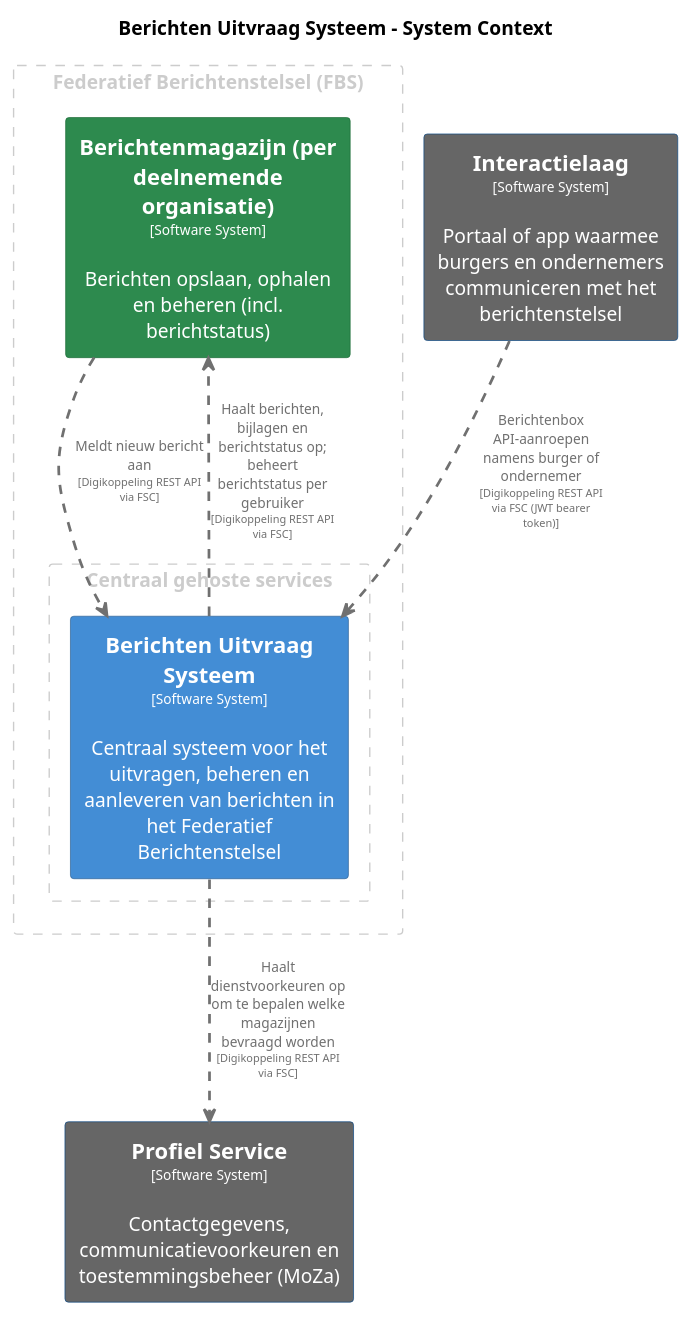
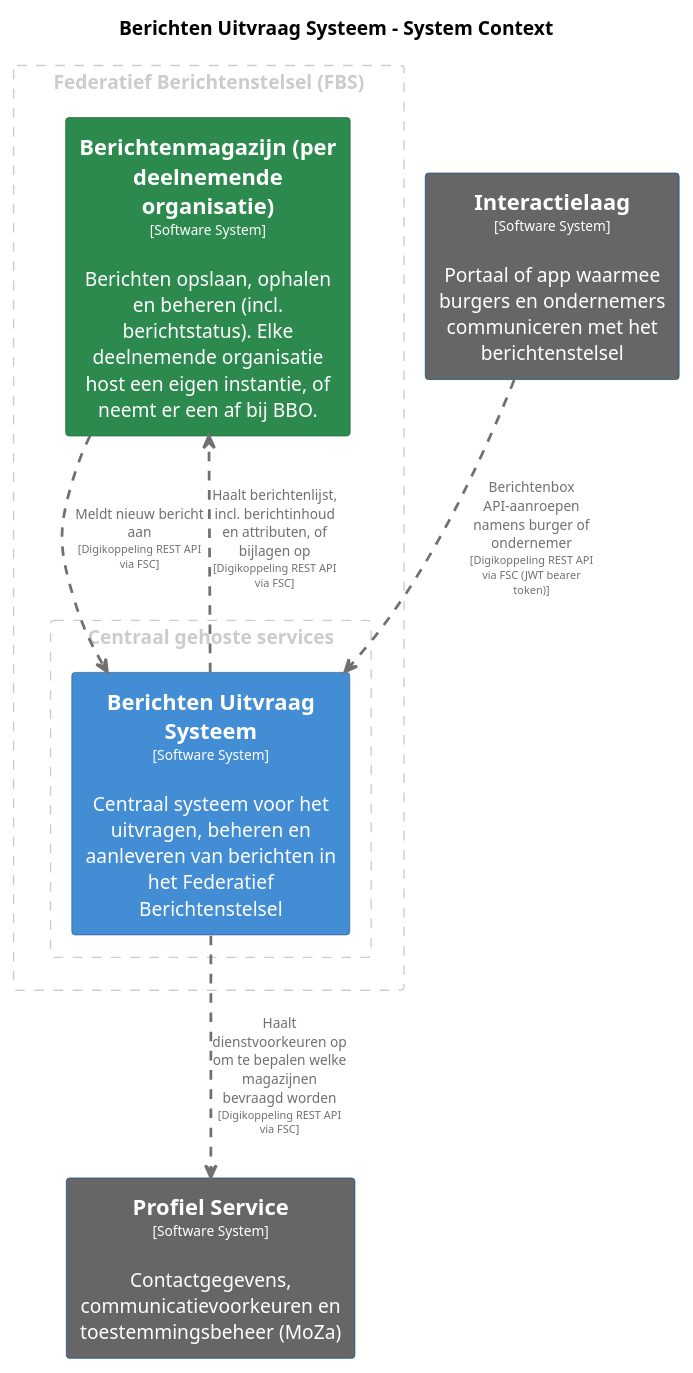
One commit to MinBZK/moza-poc-fbs-berichtenbox changed the diagram in master/puml/BerichtenUitvraagSysteem.puml. Above: the diagram before and after it, drawn with PlantUML. The commit also changed 51 other files, not shown here.

```diff
--- a/master/puml/BerichtenUitvraagSysteem.puml
+++ b/master/puml/BerichtenUitvraagSysteem.puml
@@ -1,66 +1,66 @@
 @startuml
 set separator none
 title Berichten Uitvraag Systeem - System Context
 
 top to bottom direction
 skinparam ranksep 60
 skinparam nodesep 30
 
 skinparam {
   arrowFontSize 10
   defaultTextAlignment center
   wrapWidth 200
   maxMessageSize 100
 }
 
 hide stereotype
 
 skinparam rectangle<<BerichtenUitvraagSysteem>> {
   BackgroundColor #438dd5
   FontColor #ffffff
   BorderColor #2e6295
   shadowing false
 }
 skinparam rectangle<<Berichtenmagazijnperdeelnemendeorganisatie>> {
   BackgroundColor #2d8a4e
   FontColor #ffffff
   BorderColor #1e6b38
   shadowing false
 }
 skinparam rectangle<<Interactielaag>> {
   BackgroundColor #666666
   FontColor #ffffff
   BorderColor #0b4884
   shadowing false
 }
 skinparam rectangle<<ProfielService>> {
   BackgroundColor #666666
   FontColor #ffffff
   BorderColor #0b4884
   shadowing false
 }
 
 rectangle "Federatief Berichtenstelsel (FBS)" <<group1>> as group1 {
   skinparam RectangleBorderColor<<group1>> #cccccc
   skinparam RectangleFontColor<<group1>> #cccccc
   skinparam RectangleBorderStyle<<group1>> dashed
 
-  rectangle "==Berichtenmagazijn (per deelnemende organisatie)\n<size:10>[Software System]</size>\n\nBerichten opslaan, ophalen en beheren (incl. berichtstatus)" <<Berichtenmagazijnperdeelnemendeorganisatie>> as Berichtenmagazijnperdeelnemendeorganisatie
+  rectangle "==Berichtenmagazijn (per deelnemende organisatie)\n<size:10>[Software System]</size>\n\nBerichten opslaan, ophalen en beheren (incl. berichtstatus). Elke deelnemende organisatie host een eigen instantie, of neemt er een af bij BBO." <<Berichtenmagazijnperdeelnemendeorganisatie>> as Berichtenmagazijnperdeelnemendeorganisatie
     rectangle "Centraal gehoste services" <<group2>> as group2 {
       skinparam RectangleBorderColor<<group2>> #cccccc
       skinparam RectangleFontColor<<group2>> #cccccc
       skinparam RectangleBorderStyle<<group2>> dashed
 
       rectangle "==Berichten Uitvraag Systeem\n<size:10>[Software System]</size>\n\nCentraal systeem voor het uitvragen, beheren en aanleveren van berichten in het Federatief Berichtenstelsel" <<BerichtenUitvraagSysteem>> as BerichtenUitvraagSysteem
     }
 
 }
 
 rectangle "==Profiel Service\n<size:10>[Software System]</size>\n\nContactgegevens, communicatievoorkeuren en toestemmingsbeheer (MoZa)" <<ProfielService>> as ProfielService
 rectangle "==Interactielaag\n<size:10>[Software System]</size>\n\nPortaal of app waarmee burgers en ondernemers communiceren met het berichtenstelsel" <<Interactielaag>> as Interactielaag
 
 Berichtenmagazijnperdeelnemendeorganisatie .[#707070,thickness=2].> BerichtenUitvraagSysteem : "<color:#707070>Meldt nieuw bericht aan\n<color:#707070><size:8>[Digikoppeling REST API via FSC]</size>"
 BerichtenUitvraagSysteem .[#707070,thickness=2].> ProfielService : "<color:#707070>Haalt dienstvoorkeuren op om te bepalen welke magazijnen bevraagd worden\n<color:#707070><size:8>[Digikoppeling REST API via FSC]</size>"
-BerichtenUitvraagSysteem .[#707070,thickness=2].> Berichtenmagazijnperdeelnemendeorganisatie : "<color:#707070>Haalt berichten, bijlagen en berichtstatus op; beheert berichtstatus per gebruiker\n<color:#707070><size:8>[Digikoppeling REST API via FSC]</size>"
 Interactielaag .[#707070,thickness=2].> BerichtenUitvraagSysteem : "<color:#707070>Berichtenbox API-aanroepen namens burger of ondernemer\n<color:#707070><size:8>[Digikoppeling REST API via FSC (JWT bearer token)]</size>"
+BerichtenUitvraagSysteem .[#707070,thickness=2].> Berichtenmagazijnperdeelnemendeorganisatie : "<color:#707070>Haalt berichtenlijst, incl. berichtinhoud en attributen, of bijlagen op\n<color:#707070><size:8>[Digikoppeling REST API via FSC]</size>"
 @enduml
```
